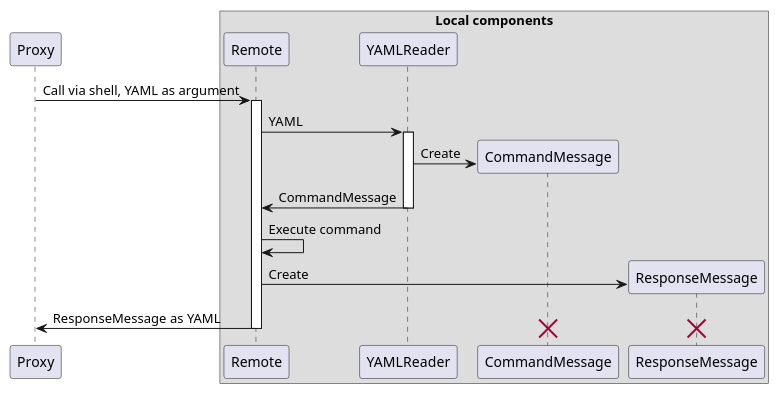
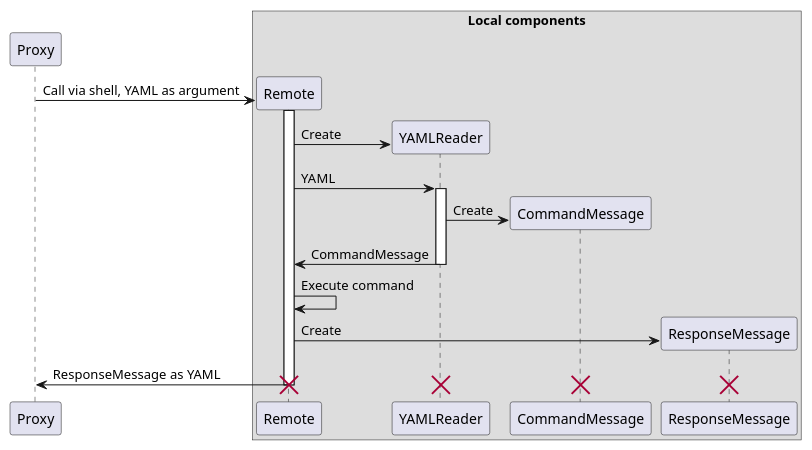
One commit to DistributedTaskScheduling/documentation changed the diagram in design/sequence/remote.puml. Above: the diagram before and after it, drawn with PlantUML. The commit also changed 2 other files, not shown here.

Commit message:
Revised Remote lifelines

```diff
--- a/design/sequence/remote.puml
+++ b/design/sequence/remote.puml
@@ -1,21 +1,25 @@
 @startuml
 
 participant Proxy
 
 box "Local components"
     participant Remote
     participant YAMLReader
     participant CommandMessage
     participant ResponseMessage
 end box
 
-Proxy -> Remote ++ : Call via shell, YAML as argument
+Proxy -> Remote ** : Call via shell, YAML as argument
+activate Remote
+Remote -> YAMLReader ** : Create
 Remote -> YAMLReader ++ : YAML
 YAMLReader -> CommandMessage ** : Create
 Remote <- YAMLReader -- : CommandMessage
 Remote -> Remote : Execute command
 Remote -> ResponseMessage ** : Create
 Proxy <- Remote -- : ResponseMessage as YAML
+destroy Remote
+destroy YAMLReader
 destroy CommandMessage
 destroy ResponseMessage
 @enduml
```
